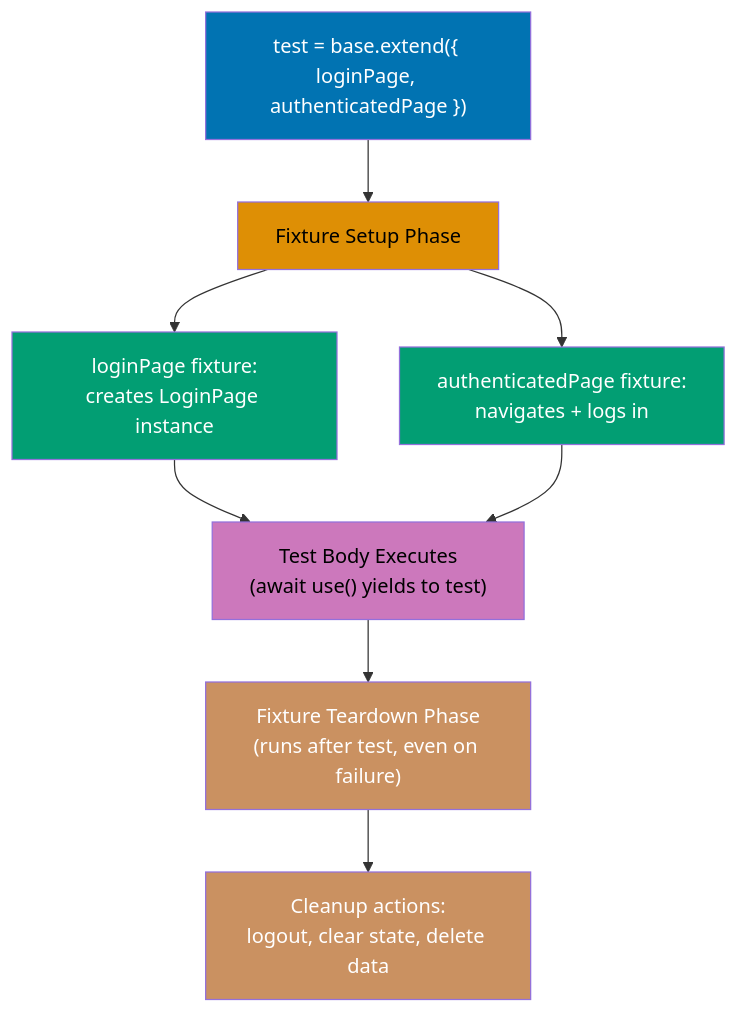
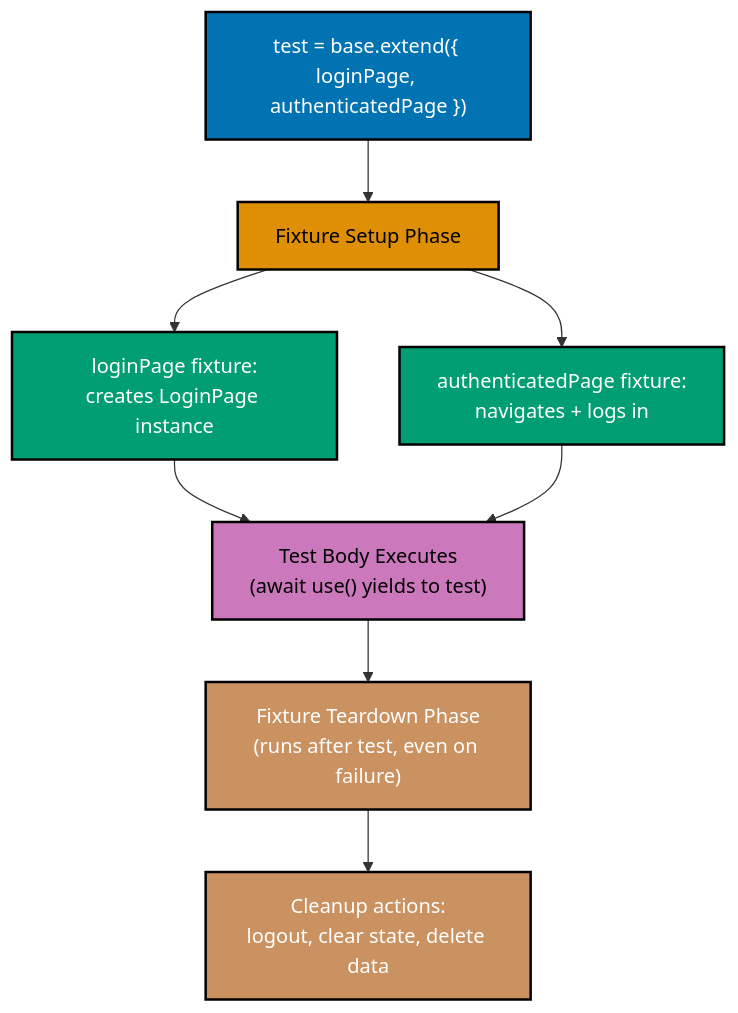
Diagram 12 of 15 in apps/ayokoding-web/content/en/learn/software-engineering/automation-testing/tools/playwright/by-example/intermediate.md (wahidyankf/open-sharia-enterprise), drawn with Mermaid before and after one commit. The commit also changed other lines of this file and 25 other files, not shown here.

````diff
--- a/apps/ayokoding-web/content/en/learn/software-engineering/automation-testing/tools/playwright/by-example/intermediate.md
+++ b/apps/ayokoding-web/content/en/learn/software-engineering/automation-testing/tools/playwright/by-example/intermediate.md
@@ -1751,19 +1751,19 @@
 ```mermaid
 %% Color Palette: Blue #0173B2, Orange #DE8F05, Teal #029E73, Purple #CC78BC, Brown #CA9161
 graph TD
     Extend["test = base.extend({ loginPage, authenticatedPage })"] --> Setup["Fixture Setup Phase"]
     Setup --> LoginFix["loginPage fixture:<br/>creates LoginPage instance"]
     Setup --> AuthFix["authenticatedPage fixture:<br/>navigates + logs in"]
     LoginFix --> TestBody["Test Body Executes<br/>(await use() yields to test)"]
     AuthFix --> TestBody
     TestBody --> Teardown["Fixture Teardown Phase<br/>(runs after test, even on failure)"]
     Teardown --> Cleanup["Cleanup actions:<br/>logout, clear state, delete data"]
 
-    style Extend fill:#0173B2,color:#fff
-    style Setup fill:#DE8F05,color:#000
-    style LoginFix fill:#029E73,color:#fff
-    style AuthFix fill:#029E73,color:#fff
-    style TestBody fill:#CC78BC,color:#000
-    style Teardown fill:#CA9161,color:#fff
-    style Cleanup fill:#CA9161,color:#fff
+    style Extend fill:#0173B2,stroke:#000000,stroke-width:2px,color:#fff
+    style Setup fill:#DE8F05,stroke:#000000,stroke-width:2px,color:#000
+    style LoginFix fill:#029E73,stroke:#000000,stroke-width:2px,color:#fff
+    style AuthFix fill:#029E73,stroke:#000000,stroke-width:2px,color:#fff
+    style TestBody fill:#CC78BC,stroke:#000000,stroke-width:2px,color:#000
+    style Teardown fill:#CA9161,stroke:#000000,stroke-width:2px,color:#fff
+    style Cleanup fill:#CA9161,stroke:#000000,stroke-width:2px,color:#fff
 ```
````
